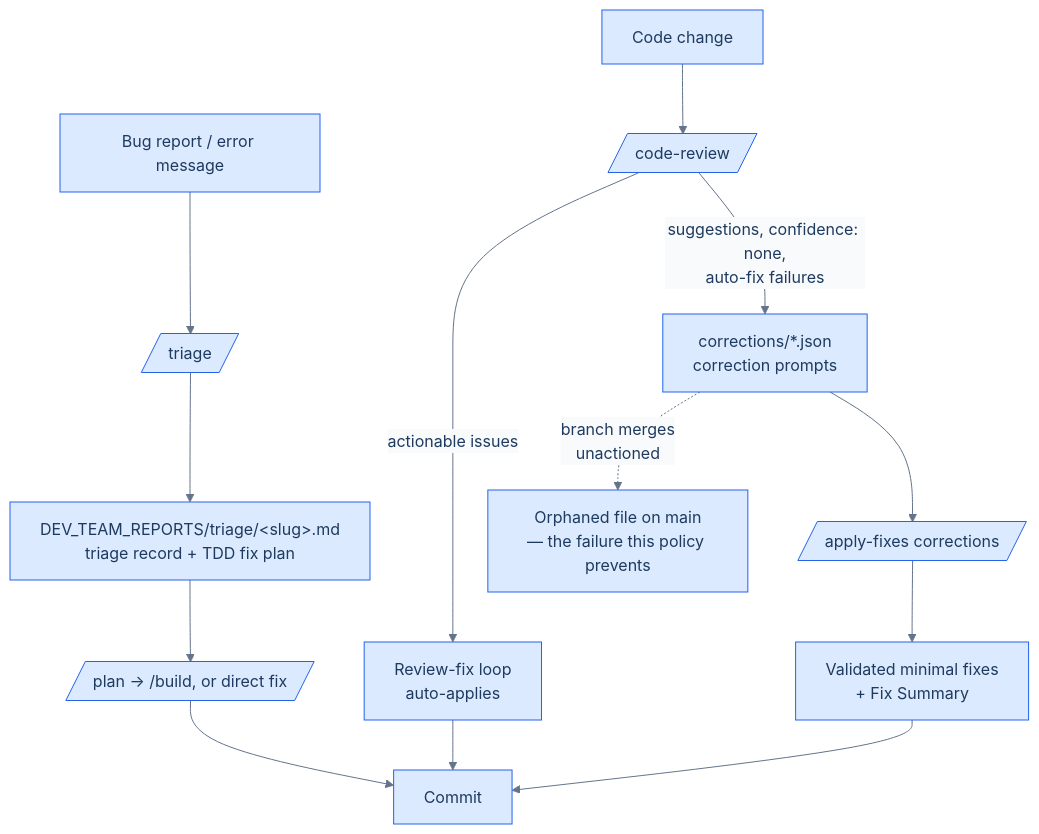
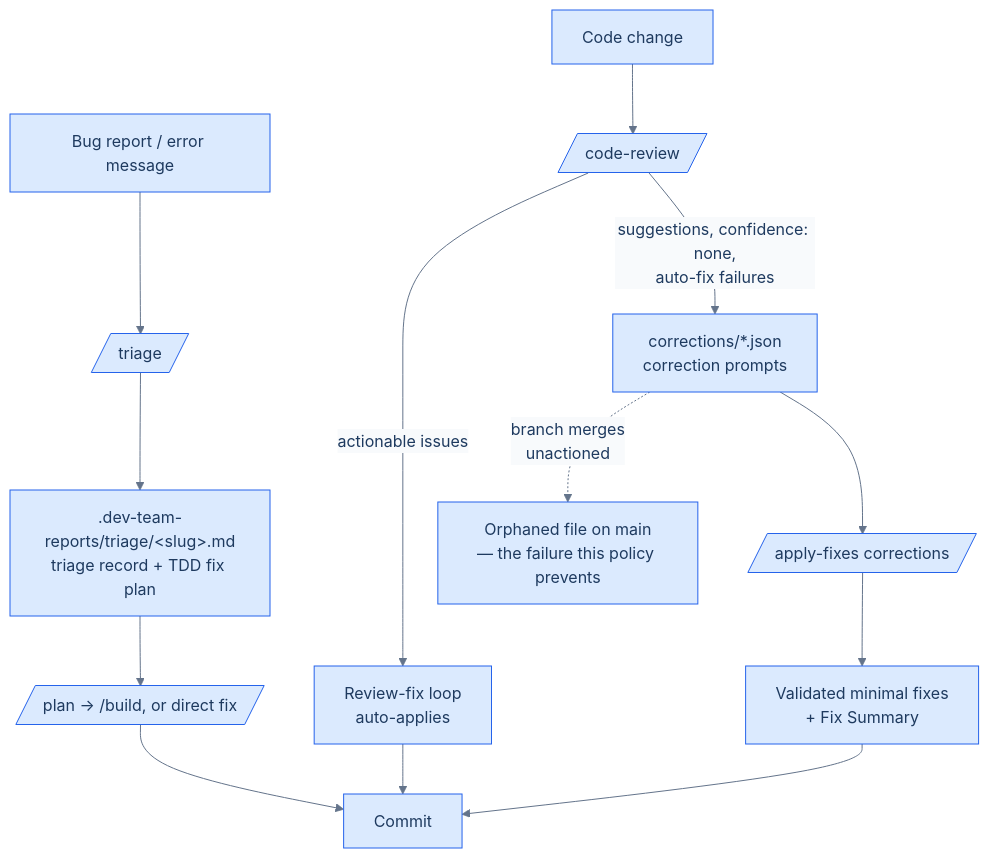
One commit to bdfinst/agentic-dev-team changed the diagram in plugins/dev-team/docs/triage-workflow.md. Above: the diagram before and after it, drawn with Mermaid. The commit also changed other lines of this file and 12 other files, not shown here.

Commit message:
docs: sweep remaining DEV_TEAM_REPORTS/ references to .dev-team-reports/

````diff
--- a/plugins/dev-team/docs/triage-workflow.md
+++ b/plugins/dev-team/docs/triage-workflow.md
@@ -30,16 +30,16 @@
 ```mermaid
 %%{init: {'theme': 'base', 'themeVariables': {'primaryColor': '#dbeafe', 'primaryTextColor': '#1e3a5f', 'primaryBorderColor': '#3b82f6', 'lineColor': '#64748b', 'secondaryColor': '#f1f5f9', 'tertiaryColor': '#e0f2fe', 'background': '#ffffff', 'mainBkg': '#dbeafe', 'nodeBorder': '#2563eb', 'clusterBkg': '#eff6ff', 'clusterBorder': '#bfdbfe', 'titleColor': '#1e3a5f', 'edgeLabelBackground': '#f8fafc'}}}%%
 flowchart TD
     A[Bug report / error message] --> B[/triage/]
-    B --> C[DEV_TEAM_REPORTS/triage/&lt;slug&gt;.md<br/>triage record + TDD fix plan]
+    B --> C[.dev-team-reports/triage/&lt;slug&gt;.md<br/>triage record + TDD fix plan]
     C --> D[/plan → /build, or direct fix/]
     E[Code change] --> F[/code-review/]
     F -->|actionable issues| G[Review-fix loop<br/>auto-applies]
     F -->|suggestions, confidence: none,<br/>auto-fix failures| H[corrections/*.json<br/>correction prompts]
     H --> I[/apply-fixes corrections/]
     I --> J[Validated minimal fixes<br/>+ Fix Summary]
     D --> K[Commit]
     G --> K
     J --> K
     H -.->|branch merges<br/>unactioned| L[Orphaned file on main<br/>— the failure this policy prevents]
 ```
````
